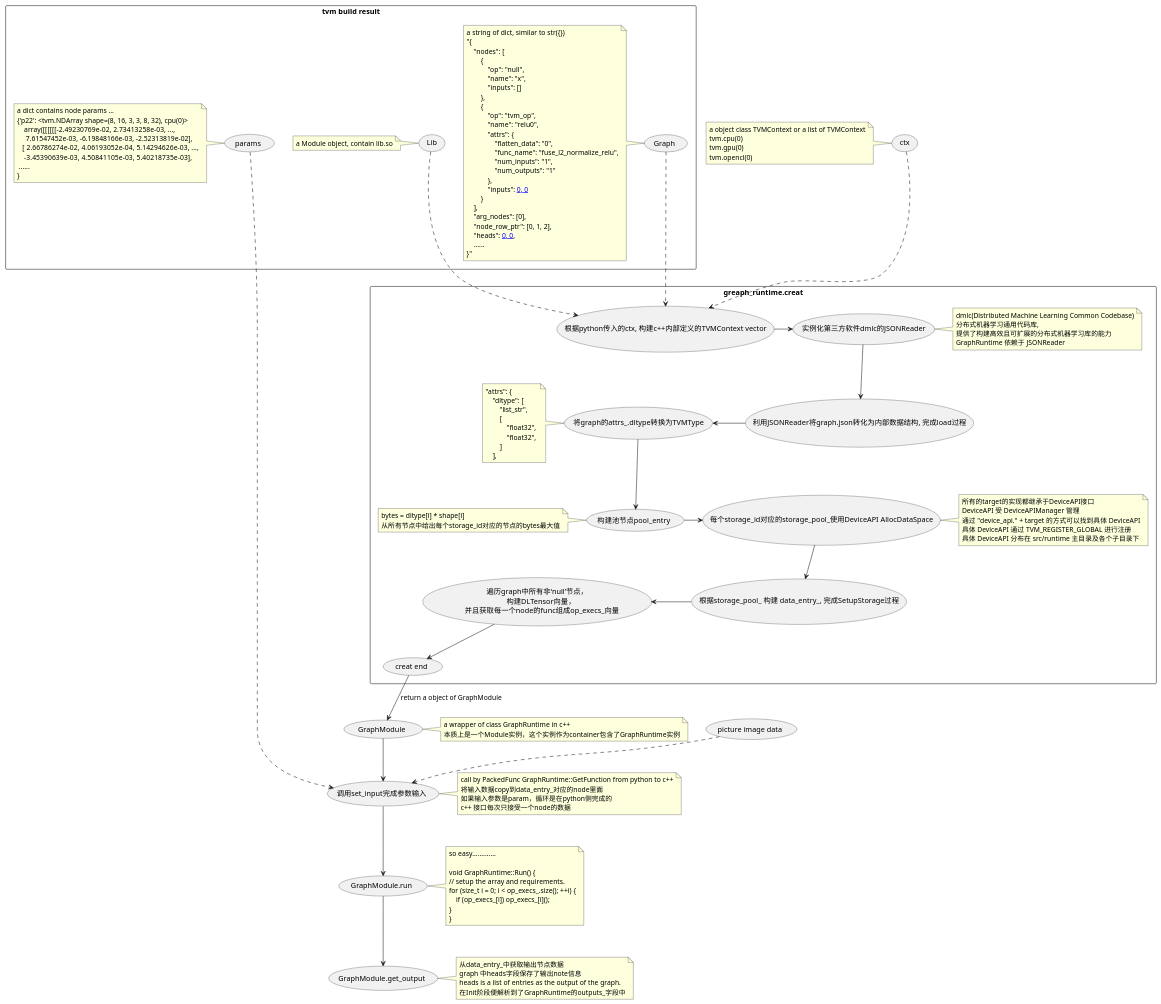
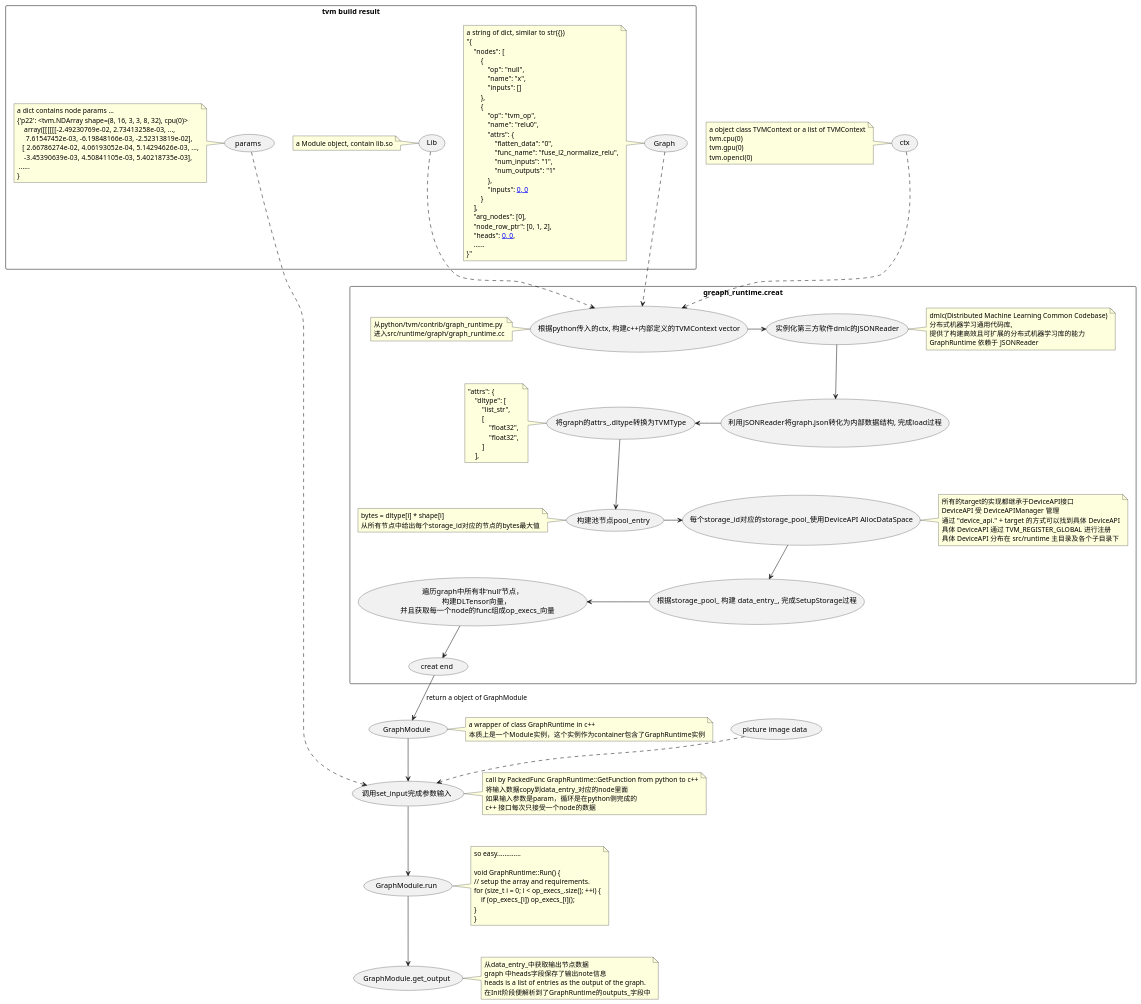
Before and after one commit to chsgcxy/messy_notes: the diagram in tvm/runtime.plantuml, drawn with PlantUML. The commit also changed 3 other files, not shown here.

```diff
--- a/tvm/runtime.plantuml
+++ b/tvm/runtime.plantuml
@@ -1,163 +1,167 @@
 @startuml runtime
 
 rectangle greaph_runtime.creat {
     (根据python传入的ctx, 构建c++内部定义的TVMContext vector) as creat_step1
+    note left
+        从python/tvm/contrib/graph_runtime.py
+        进入src/runtime/graph/graph_runtime.cc
+    endnote
     
     (实例化第三方软件dmlc的JSONReader) as creat_step2
     note right
         dmlc(Distributed Machine Learning Common Codebase)
         分布式机器学习通用代码库,
         提供了构建高效且可扩展的分布式机器学习库的能力
         GraphRuntime 依赖于 JSONReader
     endnote
     
     (利用JSONReader将graph.json转化为内部数据结构, 完成load过程) as creat_step3
 
     (将graph的attrs_.dltype转换为TVMType) as creat_step4
     note left
         "attrs": {
             "dltype": [
                 "list_str", 
                 [
                     "float32", 
                     "float32",
                 ]
             ],
     endnote
 
     (构建池节点pool_entry) as creat_step5
     note left
         bytes = dltype[i] * shape[i]
         从所有节点中给出每个storage_id对应的节点的bytes最大值
     endnote
 
     (每个storage_id对应的storage_pool_使用DeviceAPI AllocDataSpace) as creat_step6
     note right
         所有的target的实现都继承于DeviceAPI接口
         DeviceAPI 受 DeviceAPIManager 管理
         通过 "device_api." + target 的方式可以找到具体 DeviceAPI
         具体 DeviceAPI 通过 TVM_REGISTER_GLOBAL 进行注册
         具体 DeviceAPI 分布在 src/runtime 主目录及各个子目录下
     endnote
 
     (根据storage_pool_ 构建 data_entry_, 完成SetupStorage过程) as creat_step7
 
     (遍历graph中所有非‘null’节点，\n \
     构建DLTensor向量， \n \
     并且获取每一个node的func组成op_execs_向量) as creat_step8
 
     creat_step1 -right-> creat_step2
     creat_step2 -down-> creat_step3
     creat_step3 -left-> creat_step4
     creat_step4 -down-> creat_step5
     creat_step5 -right-> creat_step6
     creat_step6 -down-> creat_step7
     creat_step7 -left-> creat_step8
 
     (creat end) as ce    
     creat_step8 --> ce
 }
 
 rectangle "tvm build result"{
     (Graph)
     note left
         a string of dict, similar to str({})
         "{
             "nodes": [
                 {
                     "op": "null",
                     "name": "x",
                     "inputs": []
                 },
                 {
                     "op": "tvm_op",
                     "name": "relu0",
                     "attrs": {      
                         "flatten_data": "0",
                         "func_name": "fuse_l2_normalize_relu",
                         "num_inputs": "1",                    
                         "num_outputs": "1"                    
                     },
                     "inputs": [[0, 0, 0]]  
                 }
             ],
             "arg_nodes": [0],
             "node_row_ptr": [0, 1, 2],
             "heads": [[1, 0, 0]],
             ......
         }"
     endnote
     (Graph) ..> creat_step1
     
     (Lib)
     note left
         a Module object, contain lib.so
     endnote
     (Lib) ..> creat_step1
     
     (params)
     note left
         a dict contains node params ...
         {'p22': <tvm.NDArray shape=(8, 16, 3, 3, 8, 32), cpu(0)>
             array([[[[[[-2.49230769e-02,  2.73413258e-03, ...,
              7.61547452e-03, -6.19848166e-03, -2.52313819e-02],
            [ 2.66786274e-02,  4.06193052e-04,  5.14294626e-03, ...,
             -3.45390639e-03,  4.50841105e-03,  5.40218735e-03],
          ......
         }
     endnote
 }
 
 (ctx)
 note left
     a object class TVMContext or a list of TVMContext
     tvm.cpu(0)
     tvm.gpu(0)
     tvm.opencl(0)
 endnote
 (ctx) ..> creat_step1
 
 (GraphModule)
 note right
     a wrapper of class GraphRuntime in c++
     本质上是一个Module实例，这个实例作为container包含了GraphRuntime实例
 endnote
 ce --> (GraphModule): return a object of GraphModule
 
 (picture image data) as input_data
 
 (调用set_input完成参数输入) as set_input
 note right
     call by PackedFunc GraphRuntime::GetFunction from python to c++
     将输入数据copy到data_entry_对应的node里面
     如果输入参数是param，循环是在python侧完成的
     c++ 接口每次只接受一个node的数据
 endnote
 params ..> set_input
 input_data ..> set_input
 (GraphModule) --> set_input
 
 
 (GraphModule.run) as run
 note right
     so easy.............
 
     void GraphRuntime::Run() {
     // setup the array and requirements.
     for (size_t i = 0; i < op_execs_.size(); ++i) {
         if (op_execs_[i]) op_execs_[i]();
     }
     }
 endnote
 set_input --> run
 
 (GraphModule.get_output) as get_output
 note right
     从data_entry_中获取输出节点数据
     graph 中heads字段保存了输出note信息
     heads is a list of entries as the output of the graph.
     在Init阶段便解析到了GraphRuntime的outputs_字段中
 endnote
 run --> get_output
 
 @enduml
```
